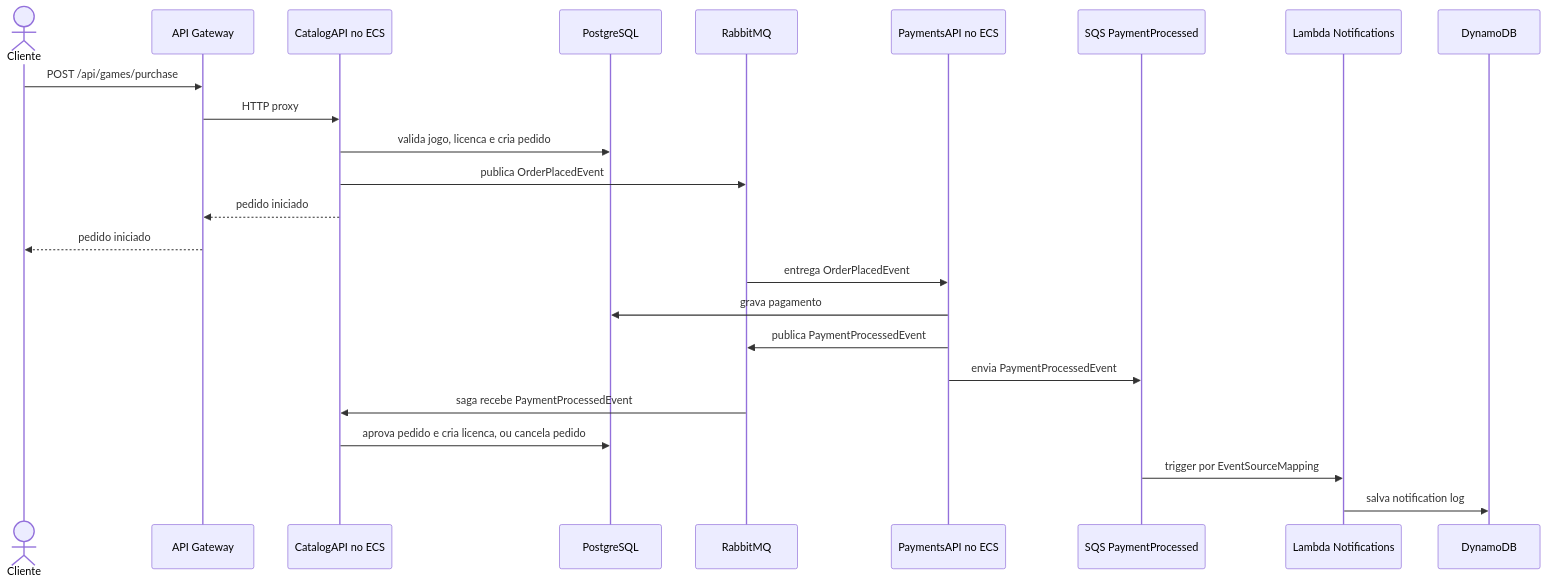
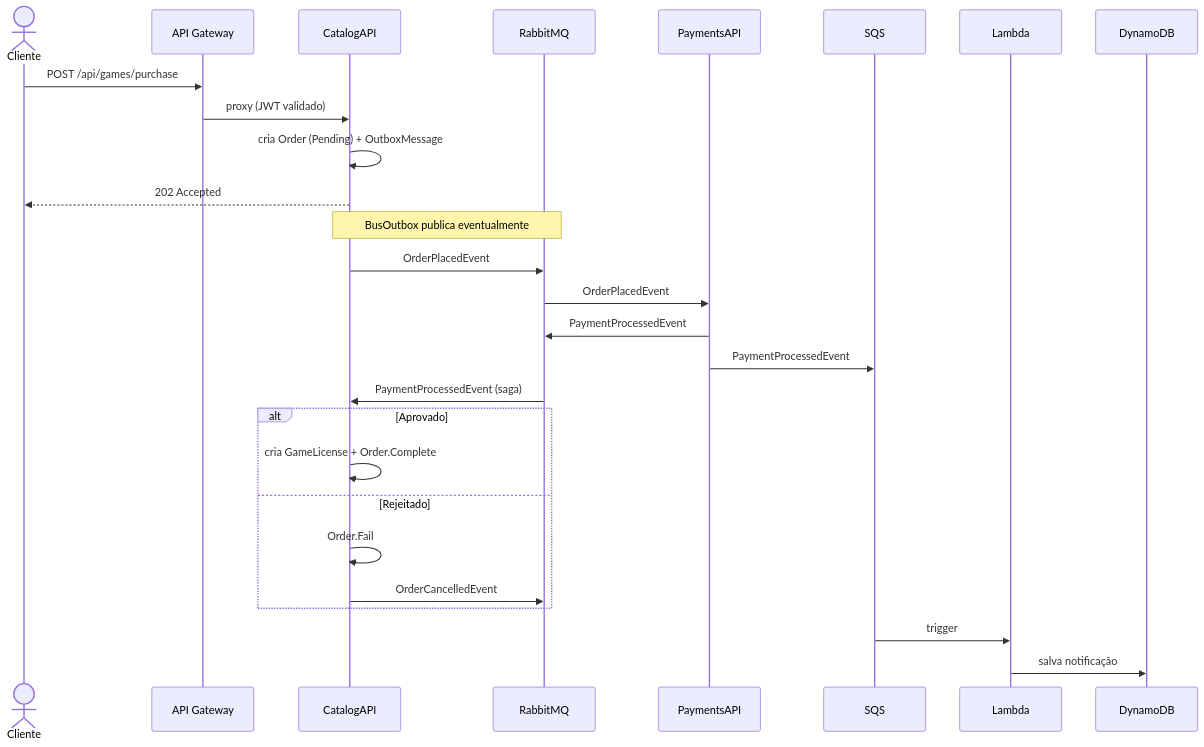
Before and after one commit to heroshg/Orchestration: the second of 2 diagrams in AWS_ARCHITECTURE.md, drawn with Mermaid. The commit also changed other lines of this file and 1 other file, not shown here.

Commit message:
feat: melhoria em saga com bug silencioso, simplificacao do diagrama de arquitetura

````diff
--- a/AWS_ARCHITECTURE.md
+++ b/AWS_ARCHITECTURE.md
@@ -152,30 +70,33 @@
 ```mermaid
 sequenceDiagram
-    actor Cliente
-    participant APIGW as API Gateway
-    participant Catalog as CatalogAPI no ECS
-    participant PG as PostgreSQL
+    actor C as Cliente
+    participant GW as API Gateway
+    participant Cat as CatalogAPI
     participant RMQ as RabbitMQ
-    participant Payments as PaymentsAPI no ECS
-    participant SQS as SQS PaymentProcessed
-    participant L as Lambda Notifications
+    participant Pay as PaymentsAPI
+    participant SQS
+    participant L as Lambda
     participant DDB as DynamoDB
 
-    Cliente->>APIGW: POST /api/games/purchase
-    APIGW->>Catalog: HTTP proxy
-    Catalog->>PG: valida jogo, licenca e cria pedido
-    Catalog->>RMQ: publica OrderPlacedEvent
-    Catalog-->>APIGW: pedido iniciado
-    APIGW-->>Cliente: pedido iniciado
+    C->>GW: POST /api/games/purchase
+    GW->>Cat: proxy (JWT validado)
+    Cat->>Cat: cria Order (Pending) + OutboxMessage
+    Cat-->>C: 202 Accepted
 
-    RMQ->>Payments: entrega OrderPlacedEvent
-    Payments->>PG: grava pagamento
-    Payments->>RMQ: publica PaymentProcessedEvent
-    Payments->>SQS: envia PaymentProcessedEvent
+    Note over Cat,RMQ: BusOutbox publica eventualmente
+    Cat->>RMQ: OrderPlacedEvent
+    RMQ->>Pay: OrderPlacedEvent
+    Pay->>RMQ: PaymentProcessedEvent
+    Pay->>SQS: PaymentProcessedEvent
 
-    RMQ->>Catalog: saga recebe PaymentProcessedEvent
-    Catalog->>PG: aprova pedido e cria licenca, ou cancela pedido
+    RMQ->>Cat: PaymentProcessedEvent (saga)
+    alt Aprovado
+        Cat->>Cat: cria GameLicense + Order.Complete
+    else Rejeitado
+        Cat->>Cat: Order.Fail
+        Cat->>RMQ: OrderCancelledEvent
+    end
 
-    SQS->>L: trigger por EventSourceMapping
-    L->>DDB: salva notification log
+    SQS->>L: trigger
+    L->>DDB: salva notificação
 ```
````
